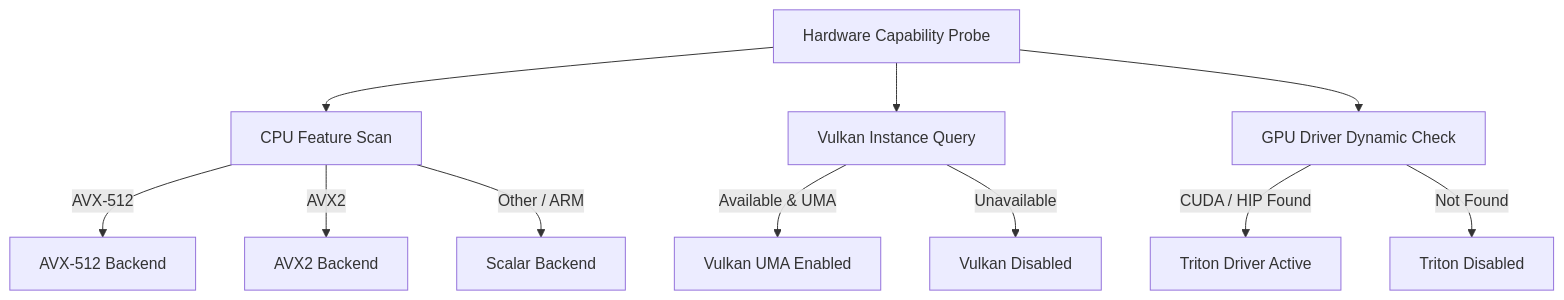
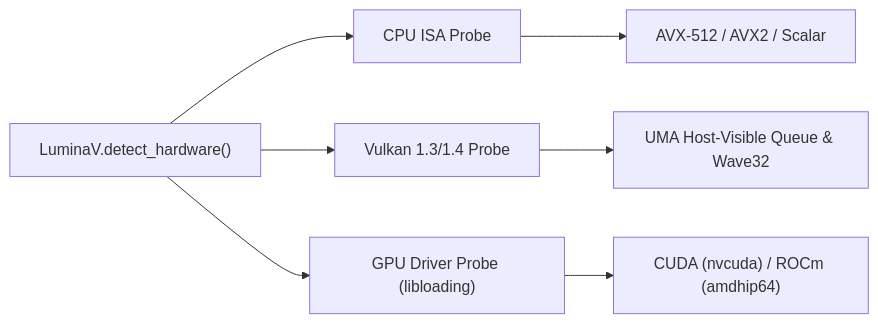
The first of 2 diagrams in docs/optimize/dispatch/README.md (cloverx-id/luminamoon), drawn with Mermaid before and after one commit. The commit also changed other lines of this file and 49 other files, not shown here.

Commit message:
change diagram style

````diff
--- a/docs/optimize/dispatch/README.md
+++ b/docs/optimize/dispatch/README.md
@@ -13,16 +11,9 @@
 ```mermaid
-flowchart TD
-    Detect["Hardware Capability Probe"] --> CPU["CPU Feature Scan"]
-    Detect --> Vulkan["Vulkan Instance Query"]
-    Detect --> Triton["GPU Driver Dynamic Check"]
-
-    CPU -->|"AVX-512"| AVX512["AVX-512 Backend"]
-    CPU -->|"AVX2"| AVX2["AVX2 Backend"]
-    CPU -->|"Other / ARM"| Scalar["Scalar Backend"]
-
-    Vulkan -->|"Available & UMA"| VK_Ready["Vulkan UMA Enabled"]
-    Vulkan -->|"Unavailable"| VK_Off["Vulkan Disabled"]
-
-    Triton -->|"CUDA / HIP Found"| TR_Ready["Triton Driver Active"]
-    Triton -->|"Not Found"| TR_Off["Triton Disabled"]
+flowchart LR
+    Probe["LuminaV.detect_hardware()"] --> CPU["CPU ISA Probe"]
+    Probe --> VK["Vulkan 1.3/1.4 Probe"]
+    Probe --> GPU["GPU Driver Probe (libloading)"]
+    CPU --> ISA["AVX-512 / AVX2 / Scalar"]
+    VK --> UMA["UMA Host-Visible Queue & Wave32"]
+    GPU --> Driver["CUDA (nvcuda) / ROCm (amdhip64)"]
 ```
````
